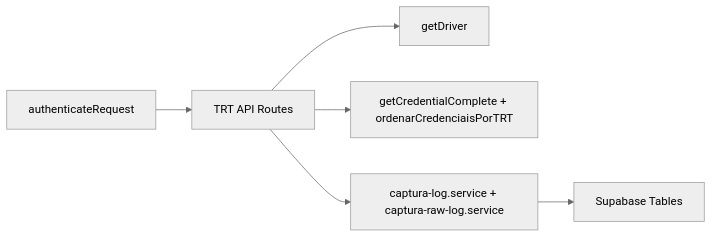
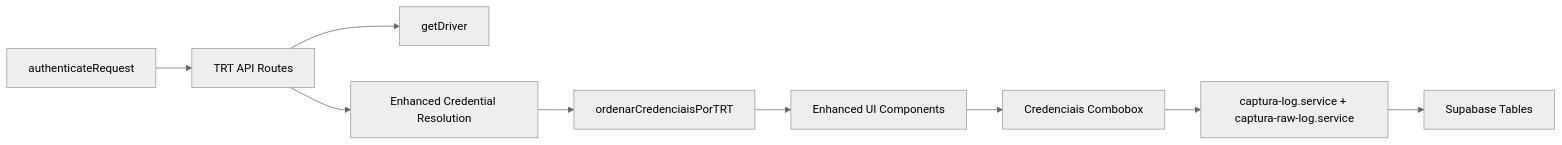
One commit to SinesysTech/zattar-os changed the tenth of 10 diagrams in .qoder/repowiki/en/content/API Reference/REST API Endpoints/Data Capture APIs.md. Above: the diagram before and after it, drawn with Mermaid (neutral theme). The commit also changed other lines of this file and 3 other files, not shown here.

````diff
--- a/.qoder/repowiki/en/content/API Reference/REST API Endpoints/Data Capture APIs.md
+++ b/.qoder/repowiki/en/content/API Reference/REST API Endpoints/Data Capture APIs.md
@@ -440,8 +546,11 @@
 ```mermaid
 graph LR
 Auth["authenticateRequest"] --> Routes["TRT API Routes"]
 Routes --> Driver["getDriver"]
-Routes --> Credentials["getCredentialComplete + ordenarCredenciaisPorTRT"]
-Routes --> Logs["captura-log.service + captura-raw-log.service"]
+Routes --> Credentials["Enhanced Credential Resolution"]
+Credentials --> Sorting["ordenarCredenciaisPorTRT"]
+Sorting --> UI["Enhanced UI Components"]
+UI --> Combobox["Credenciais Combobox"]
+Combobox --> Logs["captura-log.service + captura-raw-log.service"]
 Logs --> DB["Supabase Tables"]
 ```
````
